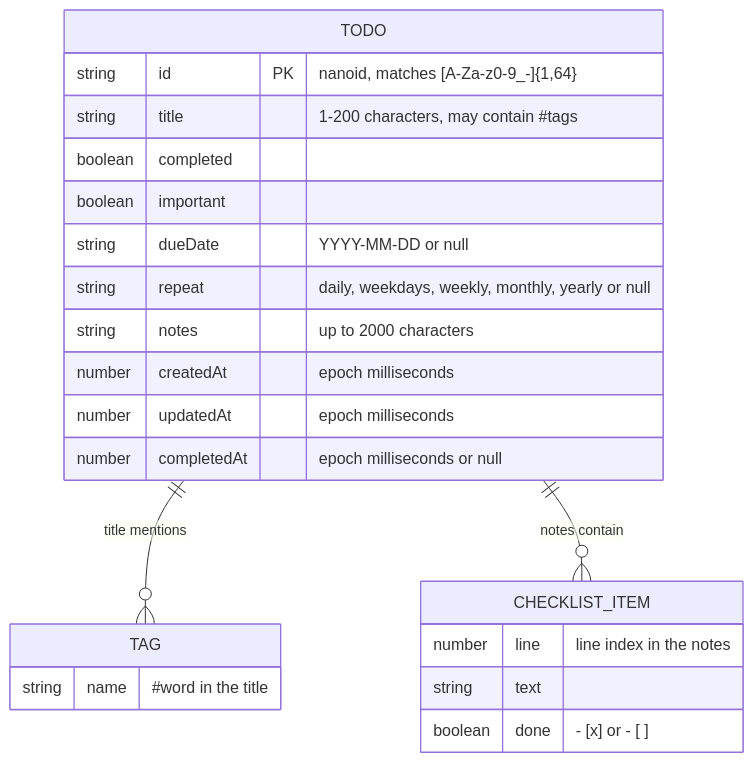
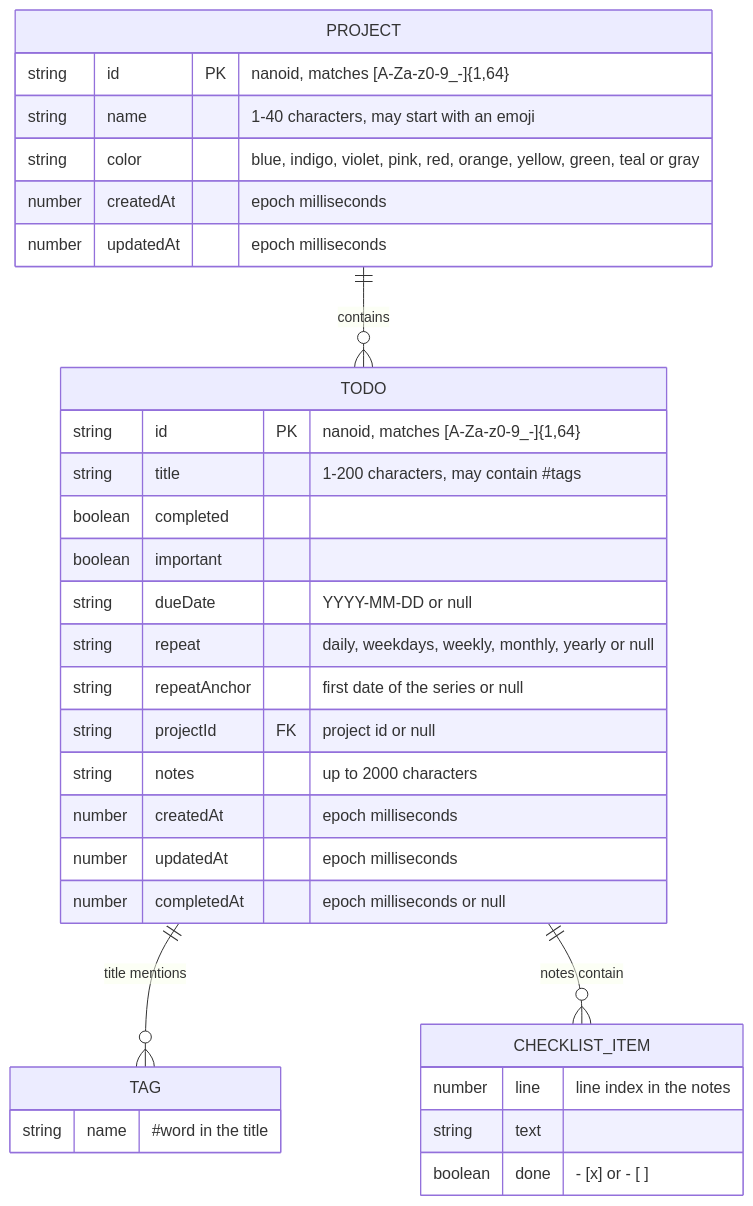
The third of 10 diagrams in docs/architecture.md (sacrificed666/react-todo-app), drawn with Mermaid before and after one commit. The commit also changed other lines of this file and 173 other files, not shown here.

````diff
--- a/docs/architecture.md
+++ b/docs/architecture.md
@@ -97,25 +115,35 @@
 ```mermaid
 erDiagram
+  PROJECT {
+    string id PK "nanoid, matches [A-Za-z0-9_-]{1,64}"
+    string name "1-40 characters, may start with an emoji"
+    string color "blue, indigo, violet, pink, red, orange, yellow, green, teal or gray"
+    number createdAt "epoch milliseconds"
+    number updatedAt "epoch milliseconds"
+  }
   TODO {
     string id PK "nanoid, matches [A-Za-z0-9_-]{1,64}"
     string title "1-200 characters, may contain #tags"
     boolean completed
     boolean important
     string dueDate "YYYY-MM-DD or null"
     string repeat "daily, weekdays, weekly, monthly, yearly or null"
+    string repeatAnchor "first date of the series or null"
+    string projectId FK "project id or null"
     string notes "up to 2000 characters"
     number createdAt "epoch milliseconds"
     number updatedAt "epoch milliseconds"
     number completedAt "epoch milliseconds or null"
   }
   TAG {
     string name "#word in the title"
   }
   CHECKLIST_ITEM {
     number line "line index in the notes"
     string text
     boolean done "- [x] or - [ ]"
   }
+  PROJECT ||--o{ TODO : "contains"
   TODO ||--o{ TAG : "title mentions"
   TODO ||--o{ CHECKLIST_ITEM : "notes contain"
 ```
````
